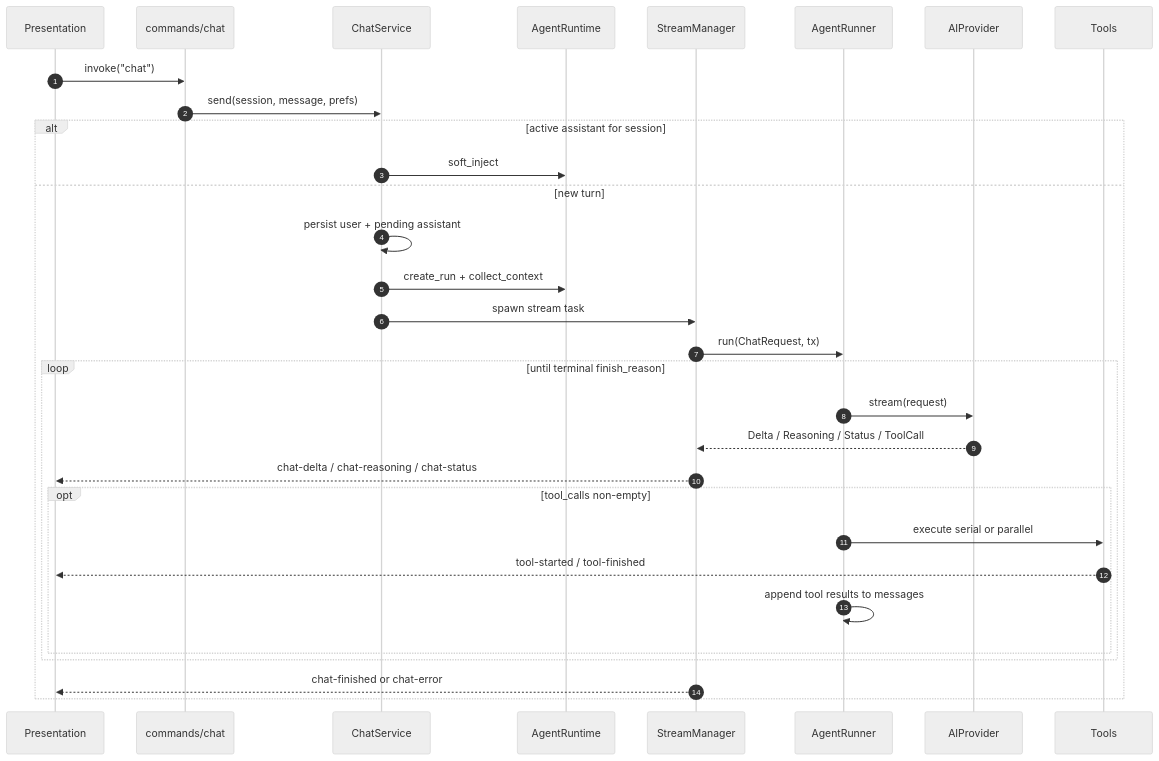
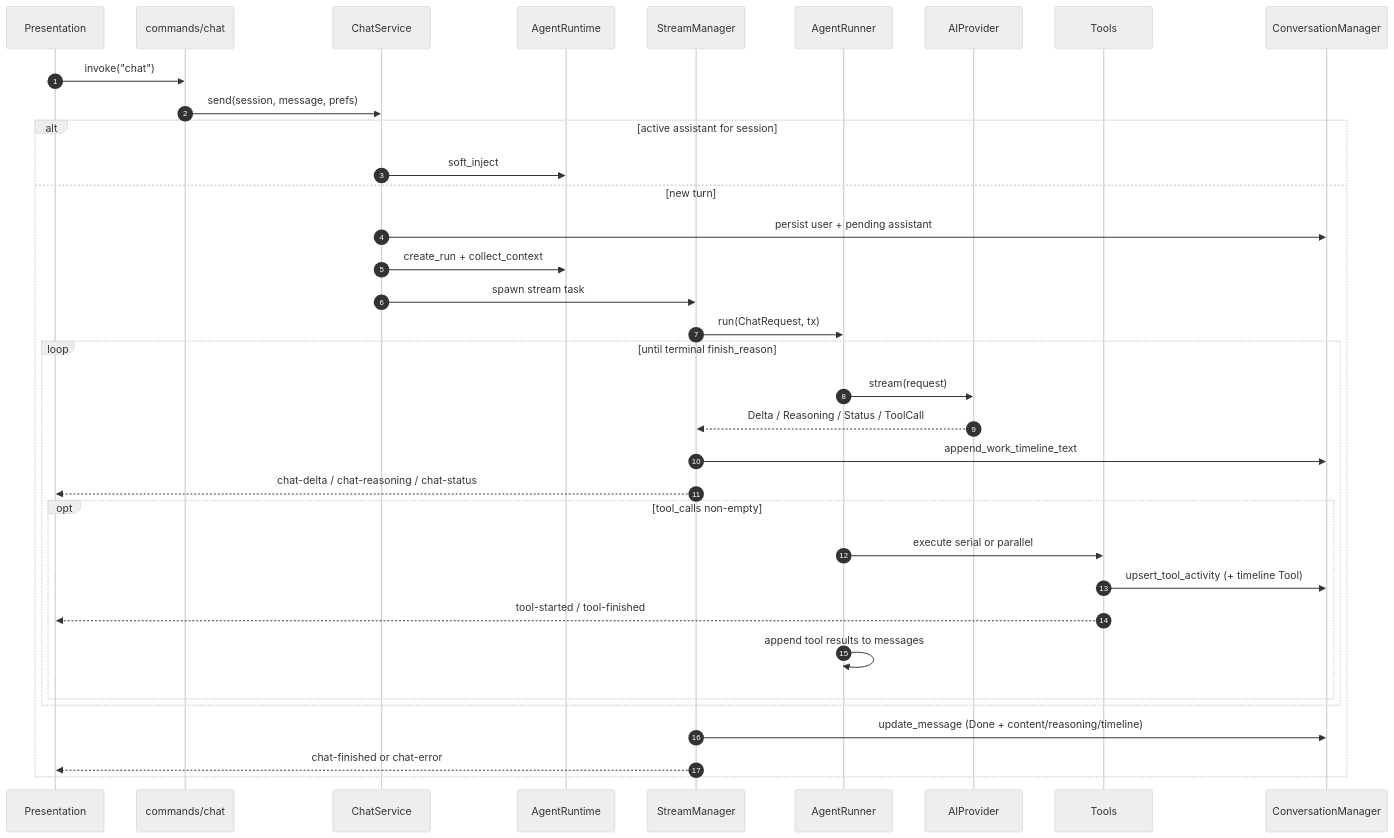
Before and after one commit to rururunu/AAAi: the fourth of 11 diagrams in docs/architecture-overview.md, drawn with Mermaid (neutral theme). The commit also changed other lines of this file and 98 other files, not shown here.

Commit message:
feat: 应用内远程更新、工具活动折叠展示与投标/docx 技能扩展 - 集成 Tauri Updater：工作台更新按钮、关于页检测/安装、GitHub Releases 配置 - 新增发版文档与 generate-latest-json / rename-msi 脚本，支持手动与 CI 发布 - 工具活动 UI：单行无展开按钮，多步折叠为摘要列表 - 扩展 bid_tech、vendor docx/pandoc 技能与 Word Office 工具 - 新增架构文档、更新 README 与产品截图

````diff
--- a/docs/architecture-overview.md
+++ b/docs/architecture-overview.md
@@ -215,34 +233,38 @@
 ```mermaid
 sequenceDiagram
   autonumber
   participant FE as Presentation
   participant IPC as commands/chat
   participant CS as ChatService
   participant AR as AgentRuntime
   participant SM as StreamManager
   participant R as AgentRunner
   participant P as AIProvider
   participant T as Tools
+  participant CM as ConversationManager
 
   FE->>IPC: invoke("chat")
   IPC->>CS: send(session, message, prefs)
   alt active assistant for session
     CS->>AR: soft_inject
   else new turn
-    CS->>CS: persist user + pending assistant
+    CS->>CM: persist user + pending assistant
     CS->>AR: create_run + collect_context
     CS->>SM: spawn stream task
     SM->>R: run(ChatRequest, tx)
     loop until terminal finish_reason
       R->>P: stream(request)
       P-->>SM: Delta / Reasoning / Status / ToolCall
+      SM->>CM: append_work_timeline_text
       SM-->>FE: chat-delta / chat-reasoning / chat-status
       opt tool_calls non-empty
         R->>T: execute serial or parallel
+        T->>CM: upsert_tool_activity (+ timeline Tool)
         T-->>FE: tool-started / tool-finished
         R->>R: append tool results to messages
       end
     end
+    SM->>CM: update_message (Done + content/reasoning/timeline)
     SM-->>FE: chat-finished or chat-error
   end
 ```
````
